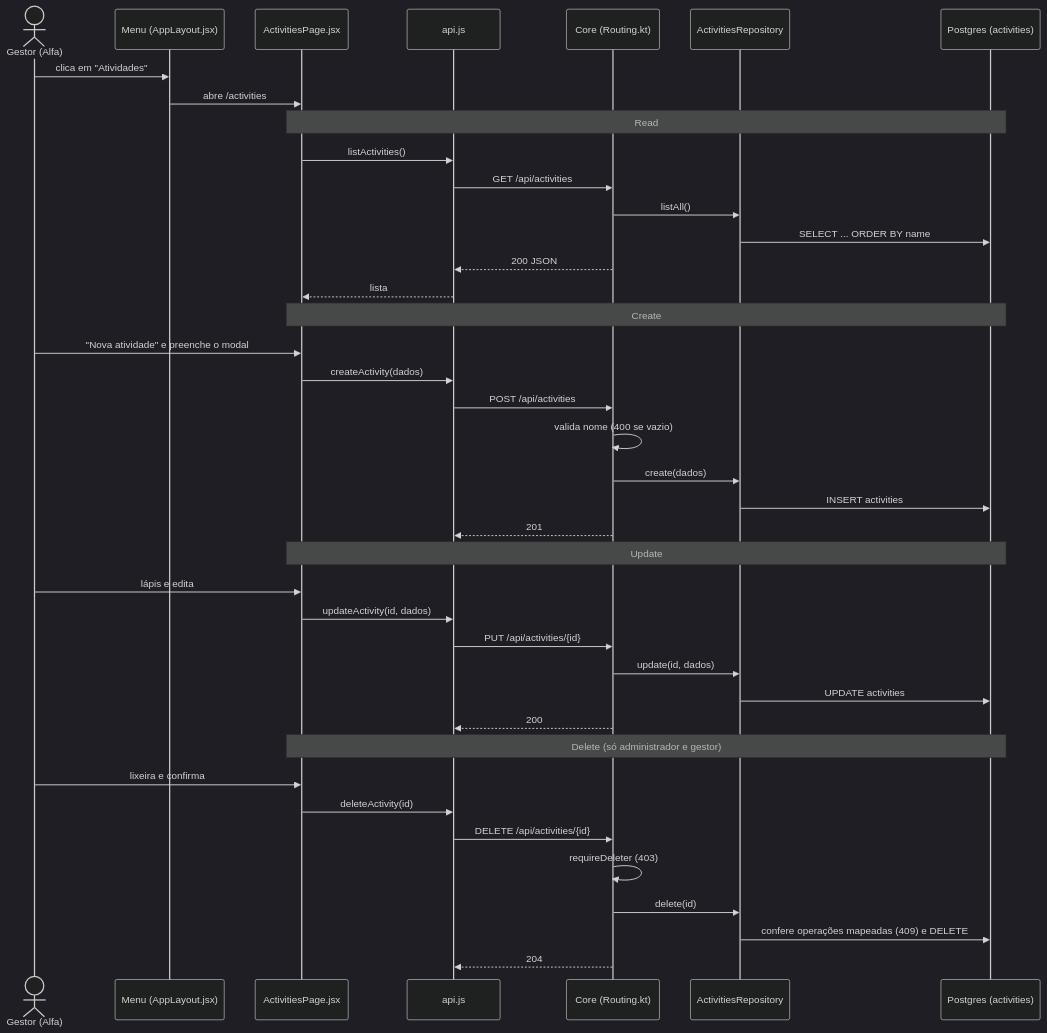
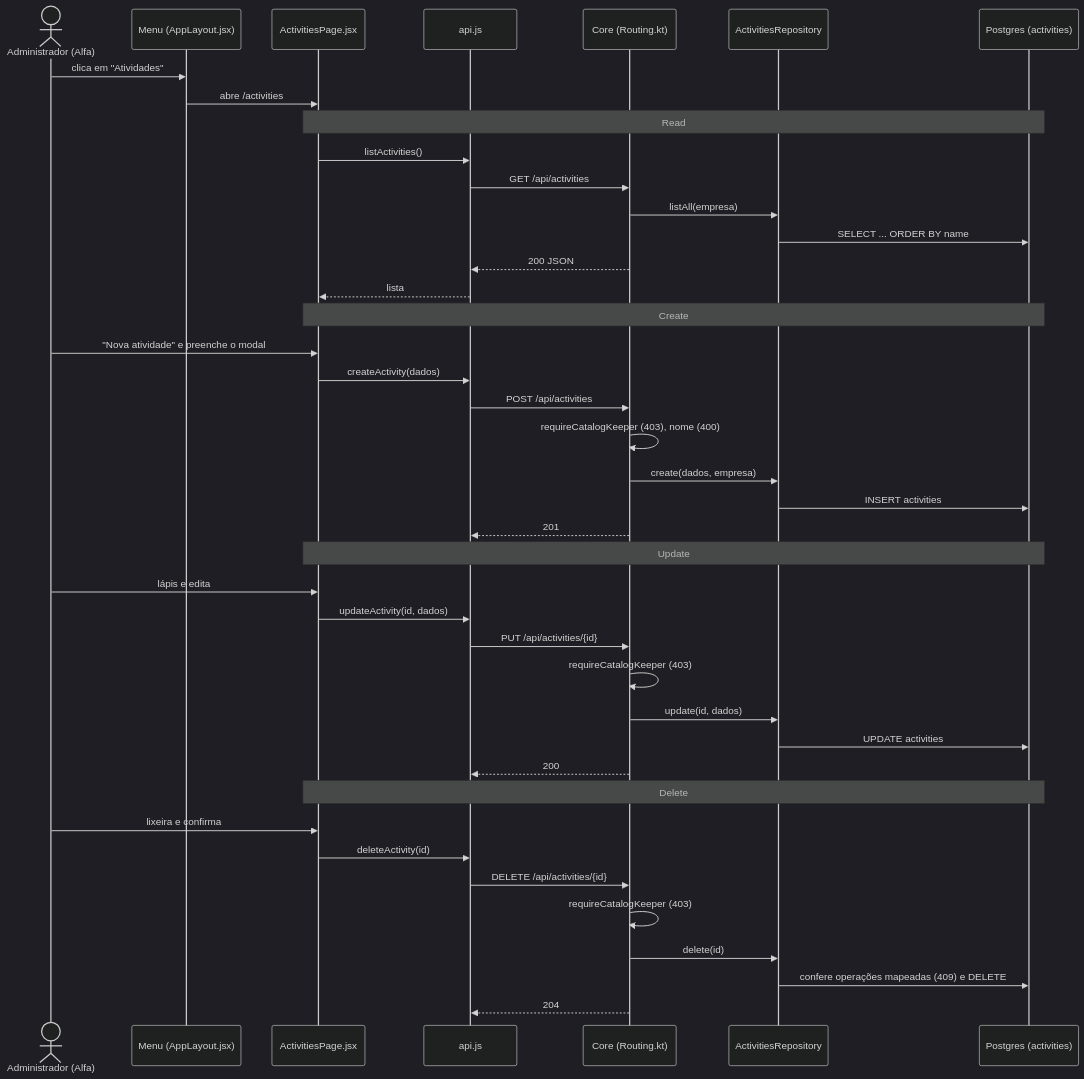
One commit to aland3r/deviante-docs changed the second of 2 diagrams in Desenvolvimento Orientado a Reuso/defesa/roteiro-alander.md. Above: the diagram before and after it, drawn with Mermaid (dark theme). The commit also changed other lines of this file and 1 other file, not shown here.

First line of the commit message:
Roteiros de Reuso: Processo como Gestor com upload do DR_MS_ST_20 da Alfa, Atividade como Administrador; trechos no d6ab141/b69d9b5

````diff
--- a/Desenvolvimento Orientado a Reuso/defesa/roteiro-alander.md
+++ b/Desenvolvimento Orientado a Reuso/defesa/roteiro-alander.md
@@ -697,42 +759,43 @@
 ```mermaid
 sequenceDiagram
-    actor G as Gestor (Alfa)
+    actor G as Administrador (Alfa)
     participant N as Menu (AppLayout.jsx)
     participant P as ActivitiesPage.jsx
     participant A as api.js
     participant C as Core (Routing.kt)
     participant R as ActivitiesRepository
     participant DB as Postgres (activities)
     G->>N: clica em "Atividades"
     N->>P: abre /activities
     Note over P,DB: Read
     P->>A: listActivities()
     A->>C: GET /api/activities
-    C->>R: listAll()
+    C->>R: listAll(empresa)
     R->>DB: SELECT ... ORDER BY name
     C-->>A: 200 JSON
     A-->>P: lista
     Note over P,DB: Create
     G->>P: "Nova atividade" e preenche o modal
     P->>A: createActivity(dados)
     A->>C: POST /api/activities
-    C->>C: valida nome (400 se vazio)
-    C->>R: create(dados)
+    C->>C: requireCatalogKeeper (403), nome (400)
+    C->>R: create(dados, empresa)
     R->>DB: INSERT activities
     C-->>A: 201
     Note over P,DB: Update
     G->>P: lápis e edita
     P->>A: updateActivity(id, dados)
     A->>C: PUT /api/activities/{id}
+    C->>C: requireCatalogKeeper (403)
     C->>R: update(id, dados)
     R->>DB: UPDATE activities
     C-->>A: 200
-    Note over P,DB: Delete (só administrador e gestor)
+    Note over P,DB: Delete
     G->>P: lixeira e confirma
     P->>A: deleteActivity(id)
     A->>C: DELETE /api/activities/{id}
-    C->>C: requireDeleter (403)
+    C->>C: requireCatalogKeeper (403)
     C->>R: delete(id)
     R->>DB: confere operações mapeadas (409) e DELETE
     C-->>A: 204
 ```
````
